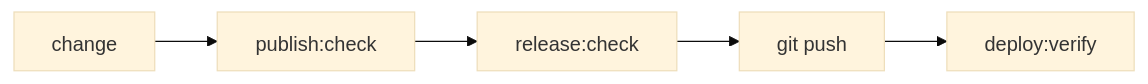
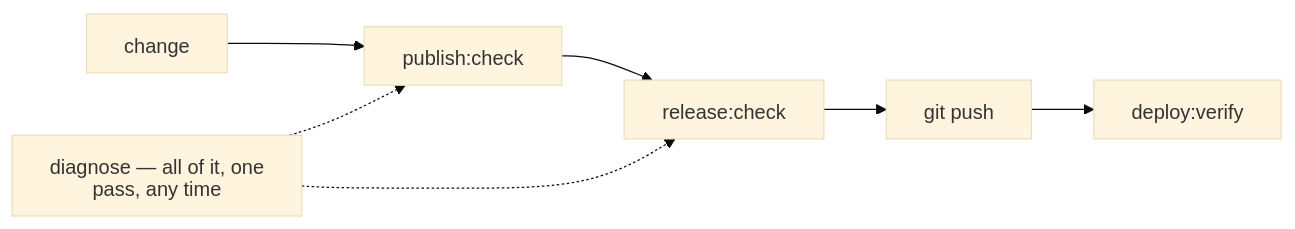
The diagram in tests/README.md (joeseverino/jseverino.com), drawn with Mermaid (base theme) before and after one commit. The commit also changed 8 other files, not shown here.

First line of the commit message:
docs(commands): full reference in docs/Commands.md; diagnose in the gate diagrams

````diff
--- a/tests/README.md
+++ b/tests/README.md
@@ -29,5 +29,7 @@
 ```mermaid
 %%{init: { "htmlLabels": false } }%%
 graph LR
     A["change"] --> B["publish:check"] --> C["release:check"] --> D["git push"] --> E["deploy:verify"]
+    G["diagnose — all of it, one pass, any time"] -.-> B
+    G -.-> C
 ```
````
